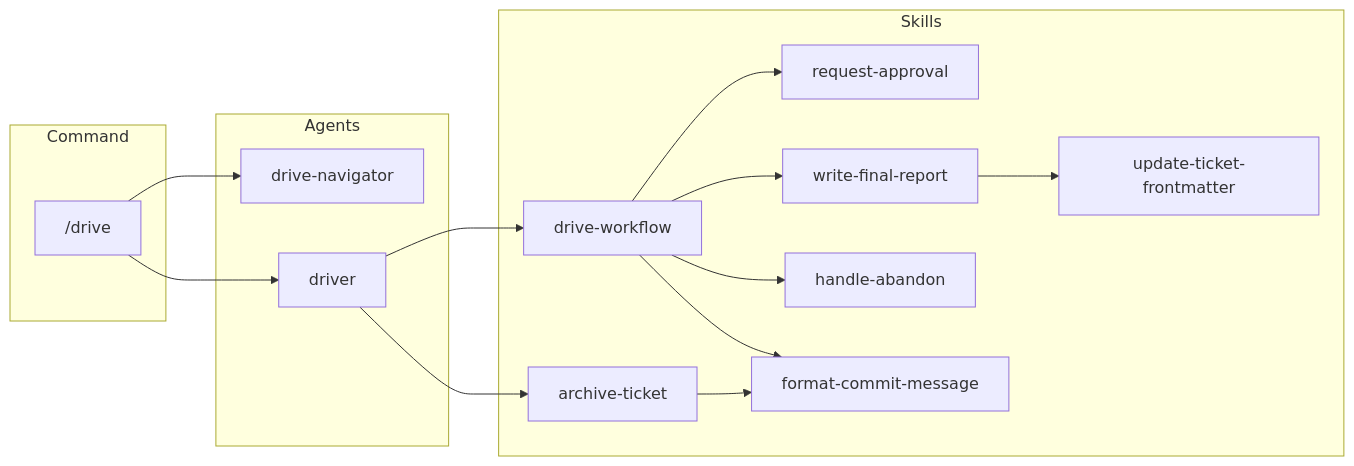
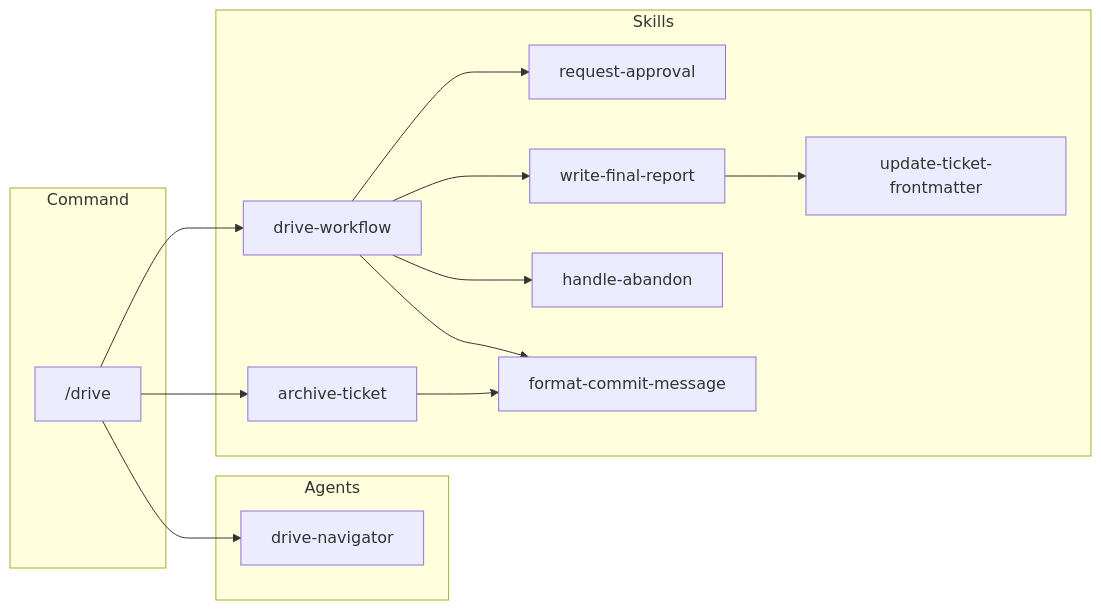
One commit to qmu/workaholic changed the third of 6 diagrams in .workaholic/specs/architecture.md. Above: the diagram before and after it, drawn with Mermaid. The commit also changed 6 other files, not shown here.

First line of the commit message:
Remove driver subagent from drive command

````diff
--- a/.workaholic/specs/architecture.md
+++ b/.workaholic/specs/architecture.md
@@ -182,31 +182,28 @@
 ```mermaid
 flowchart LR
     subgraph Command
         drive["/drive"]
     end
 
     subgraph Agents
         dn[drive-navigator]
-        dr[driver]
     end
 
     subgraph Skills
         dw[drive-workflow]
         at[archive-ticket]
         ra[request-approval]
         wfr[write-final-report]
         ha[handle-abandon]
         fcm[format-commit-message]
         utf[update-ticket-frontmatter]
     end
 
     drive --> dn
-    drive --> dr
-
-    dr --> dw & at
+    drive --> dw & at
 
     %% Skill-to-skill
     dw --> ra & wfr & ha & fcm
     at --> fcm
     wfr --> utf
 ```
````
